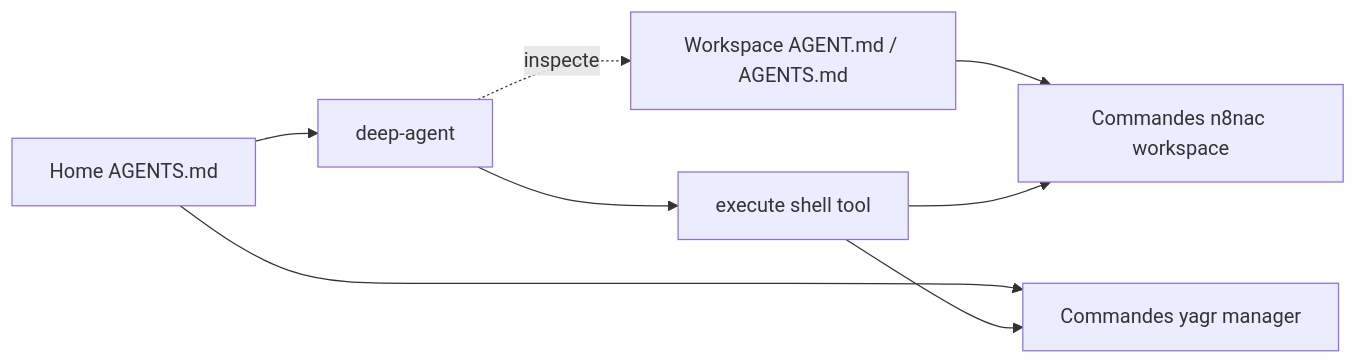
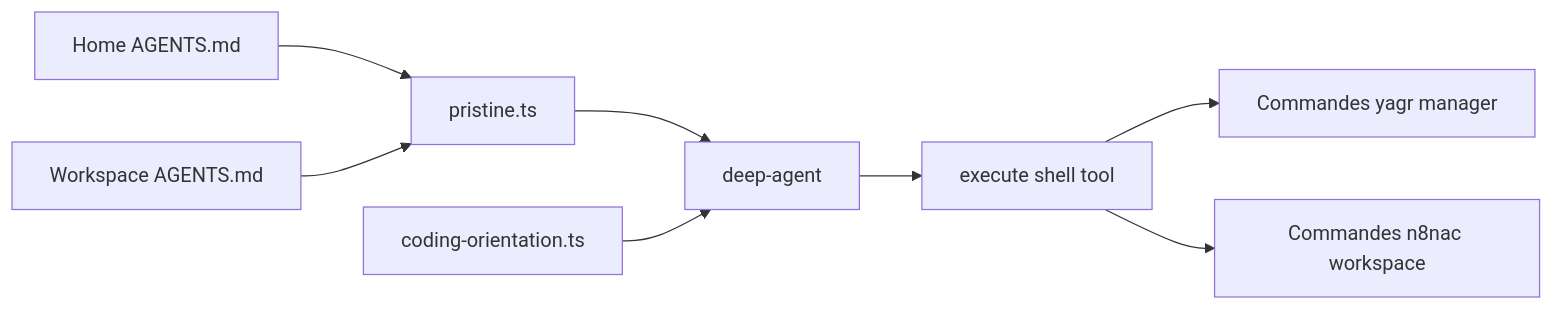
One commit to EtienneLescot/yagr changed the second of 4 diagrams in architecture/current/runtime-flows.md. Above: the diagram before and after it, drawn with Mermaid. The commit also changed other lines of this file and 9 other files, not shown here.

First line of the commit message:
Refactor deepagents architecture for clarity and separation of concerns

````diff
--- a/architecture/current/runtime-flows.md
+++ b/architecture/current/runtime-flows.md
@@ -123,17 +40,19 @@
 ```mermaid
 flowchart LR
     HOME[Home AGENTS.md]
-    HCLI[Commandes yagr manager]
-    WORK[Workspace AGENT.md / AGENTS.md]
-    WCLI[Commandes n8nac workspace]
+    WORK[Workspace AGENTS.md]
+    PR[pristine.ts]
+    CODE[coding-orientation.ts]
     AGENT[deep-agent]
     SHELL[execute shell tool]
+    HCLI[Commandes yagr manager]
+    WCLI[Commandes n8nac workspace]
 
-    HOME --> AGENT
-    HOME --> HCLI
-    AGENT -.inspecte.-> WORK
-    WORK --> WCLI
+    HOME --> PR
+    WORK --> PR
+    PR --> AGENT
+    CODE --> AGENT
     AGENT --> SHELL
     SHELL --> HCLI
     SHELL --> WCLI
 ```
````
